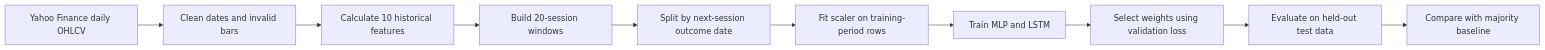
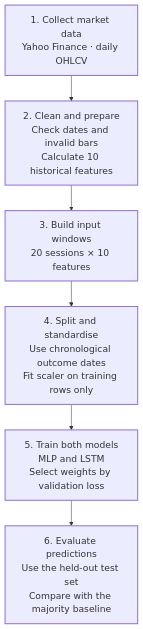
One commit to verdhanyash/Lstm_Mlp_StockPrediction changed the first of 3 diagrams in README.md. Above: the diagram before and after it, drawn with Mermaid. The commit also changed other lines of this file, not shown here.

Commit message:
Make README diagrams vertical with readable wrapped labels

````diff
--- a/README.md
+++ b/README.md
@@ -29,12 +29,11 @@
 ```mermaid
-flowchart LR
-    A[Yahoo Finance daily OHLCV] --> B[Clean dates and invalid bars]
-    B --> C[Calculate 10 historical features]
-    C --> D[Build 20-session windows]
-    D --> E[Split by next-session outcome date]
-    E --> F[Fit scaler on training-period rows]
-    F --> G[Train MLP and LSTM]
-    G --> H[Select weights using validation loss]
-    H --> I[Evaluate on held-out test data]
-    I --> J[Compare with majority baseline]
+flowchart TD
+    A["1. Collect market data<br/>Yahoo Finance · daily OHLCV"]
+    B["2. Clean and prepare<br/>Check dates and invalid bars<br/>Calculate 10 historical features"]
+    C["3. Build input windows<br/>20 sessions × 10 features"]
+    D["4. Split and standardise<br/>Use chronological outcome dates<br/>Fit scaler on training rows only"]
+    E["5. Train both models<br/>MLP and LSTM<br/>Select weights by validation loss"]
+    F["6. Evaluate predictions<br/>Use the held-out test set<br/>Compare with the majority baseline"]
+    A --> B --> C --> D --> E --> F
+    classDef default font-size:18px,stroke-width:2px;
 ```
````
